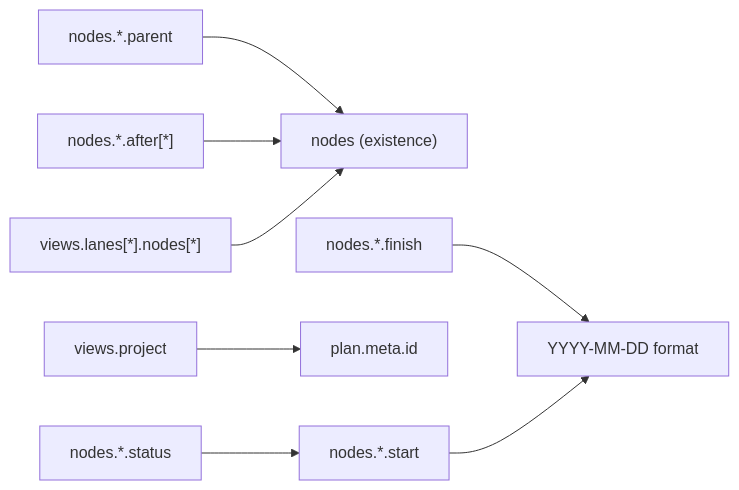
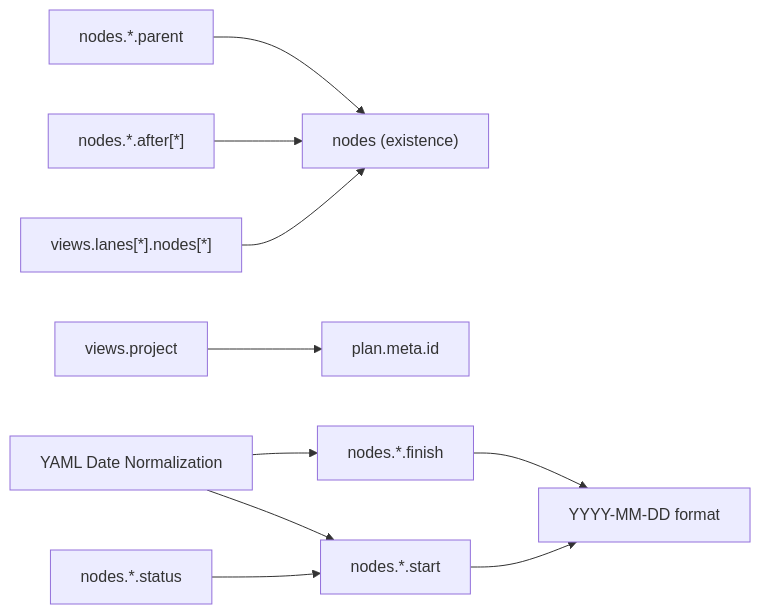
The fifth of 5 diagrams in .qoder/repowiki/en/content/Specification Reference/File Formats/File Formats.md (asukhodko/opskarta), drawn with Mermaid before and after one commit. The commit also changed other lines of this file and 4 other files, not shown here.

````diff
--- a/.qoder/repowiki/en/content/Specification Reference/File Formats/File Formats.md
+++ b/.qoder/repowiki/en/content/Specification Reference/File Formats/File Formats.md
@@ -552,10 +645,12 @@
 ```mermaid
 graph LR
 N1["nodes.*.parent"] --> N2["nodes (existence)"]
 N3["nodes.*.after[*]"] --> N2
 N4["nodes.*.status"] --> S["statuses (keys)"]
 V["views.project"] --> M["plan.meta.id"]
 L["views.lanes[*].nodes[*]"] --> N2
 F["nodes.*.finish"] --> D["YYYY-MM-DD format"]
 S["nodes.*.start"] --> D
+NORM["YAML Date Normalization"] --> F
+NORM --> S
 ```
````
